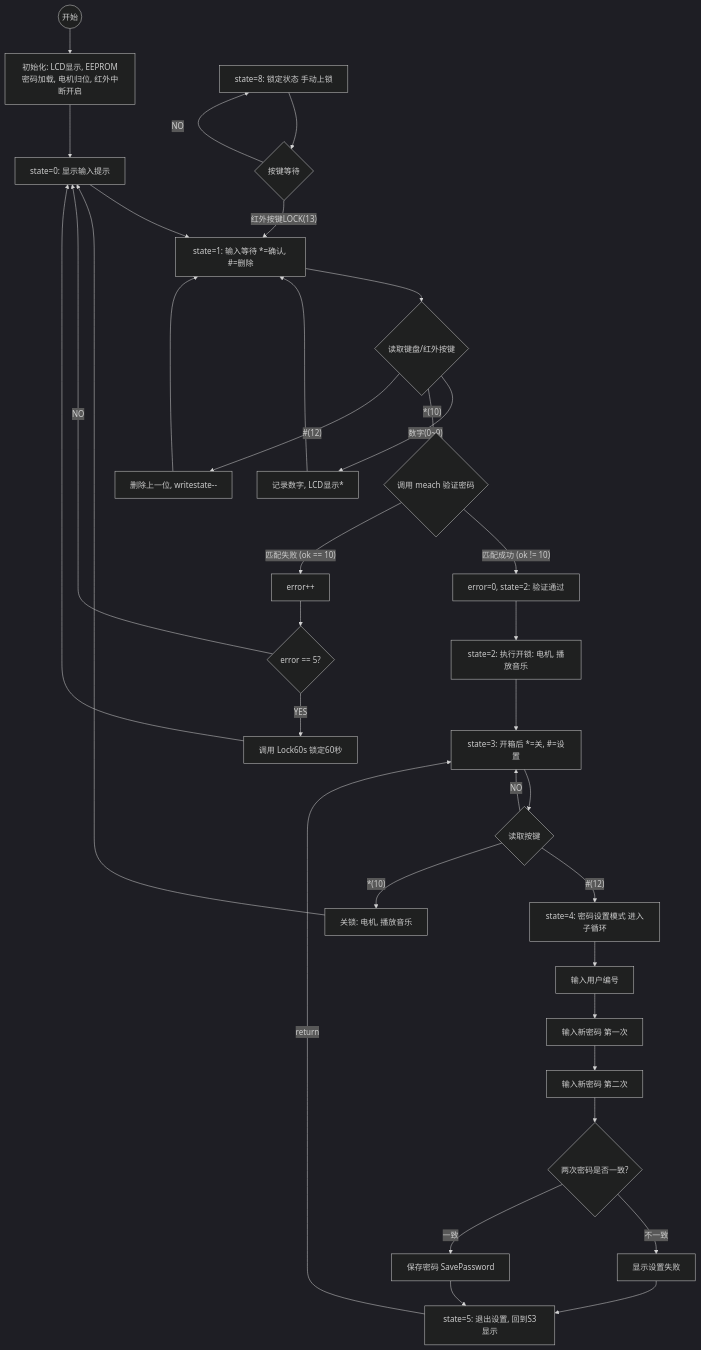
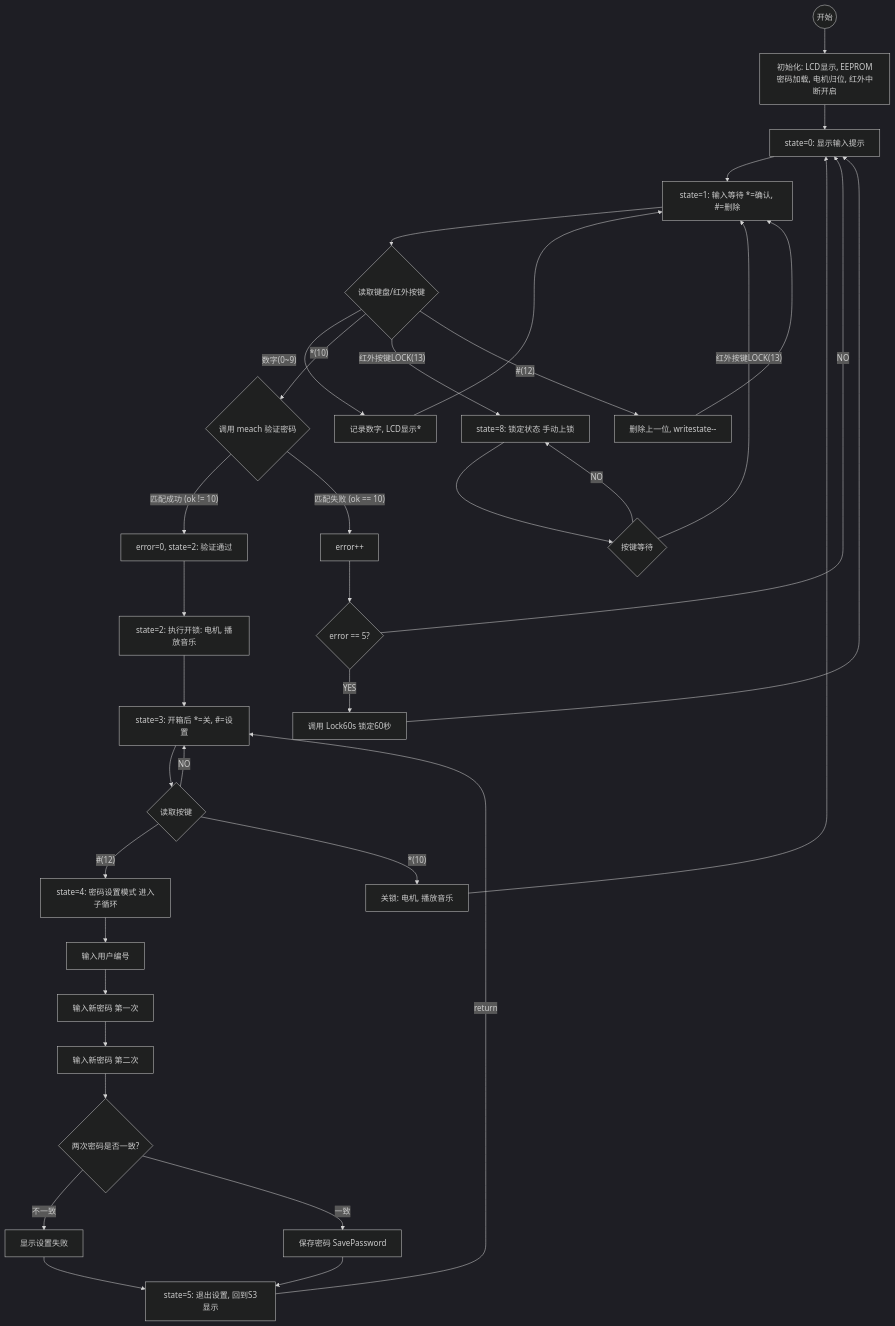
Before and after one commit to ksxyh-22/iodraw-files: the diagram in all/未命名-2.md, drawn with Mermaid (dark theme).

Commit message:
2025-10-11 11:22:50 update

````diff
--- a/all/未命名-2.md
+++ b/all/未命名-2.md
@@ -1,77 +1,80 @@
 ```mermaid
 graph TD
     %% 状态机主流程
     START((开始)) --> INIT[初始化: LCD显示, EEPROM密码加载, 电机归位, 红外中断开启];
     INIT --> S0[state=0: 显示输入提示];
 
     %% 状态 1: 密码输入与验证 (主流程)
     S0 --> S1[state=1: 输入等待 *=确认, #=删除];
     
     S1 --> INPUT{读取键盘/红外按键};
     
    
 
     
     
     
      %% 处理输入分支
     INPUT -- 数字(0~9) --> DIGIT[记录数字, LCD显示*];
     DIGIT --> S1;
 
 
 
     %% 验证分支
     INPUT -- *(10) --> VERIFY{调用 meach 验证密码};
+
+    %% 手动锁定 (分支到右侧)
+    INPUT -- 红外按键LOCK(13) --> S8;
 
     INPUT -- #(12) --> DELETE[删除上一位, writestate--];
     DELETE --> S1;
 
     
     VERIFY -- 匹配成功 (ok != 10) --> S2_SUCCESS[error=0, state=2: 验证通过];
     
     %% 失败和错误处理 (分支到右侧)
     VERIFY -- 匹配失败 (ok == 10) --> ERROR_COUNT[error++];
     
     ERROR_COUNT --> CHECK_ERRORS{error == 5?};
     
     CHECK_ERRORS -- NO --> S0;
 
     CHECK_ERRORS -- YES --> LOCK_60s[调用 Lock60s 锁定60秒];
     LOCK_60s --> S0;
 
     %% 状态 2, 3, 5: 开锁后的操作 (主流程)
     S2_SUCCESS --> S2_OPEN[state=2: 执行开锁: 电机, 播放音乐];
     S2_OPEN --> S3[state=3: 开箱后 *=关, #=设置];
 
     S3 --> POST_KEY{读取按键};
     
     POST_KEY -- NO --> S3;
     
     POST_KEY -- #(12) --> S4[state=4: 密码设置模式 进入子循环];
 
     POST_KEY -- *(10) --> S3_CLOSE[关锁: 电机, 播放音乐];
     S3_CLOSE --> S0;
     
     
 
     %% 状态 4: 密码设置 (子流程)
     S4 --> S4_USER[输入用户编号];
     S4_USER --> S4_PASS1[输入新密码 第一次];
     S4_PASS1 --> S4_PASS2[输入新密码 第二次];
 
     S4_PASS2 --> S4_CHECK{两次密码是否一致?};
     
     S4_CHECK -- 不一致 --> S4_FAIL[显示设置失败];
     S4_FAIL --> S5[state=5: 退出设置, 回到S3显示];
 
     S4_CHECK -- 一致 --> S4_SAVE[保存密码 SavePassword];
     S4_SAVE --> S5;
     
     S5 -- return --> S3; 
     
     %% 状态 8: 锁定状态 (独立循环)
     S8[state=8: 锁定状态 手动上锁] --> S8_WAIT{按键等待};
     
     S8_WAIT -- NO --> S8;
     S8_WAIT -- 红外按键LOCK(13) --> S1;
 ```
````
